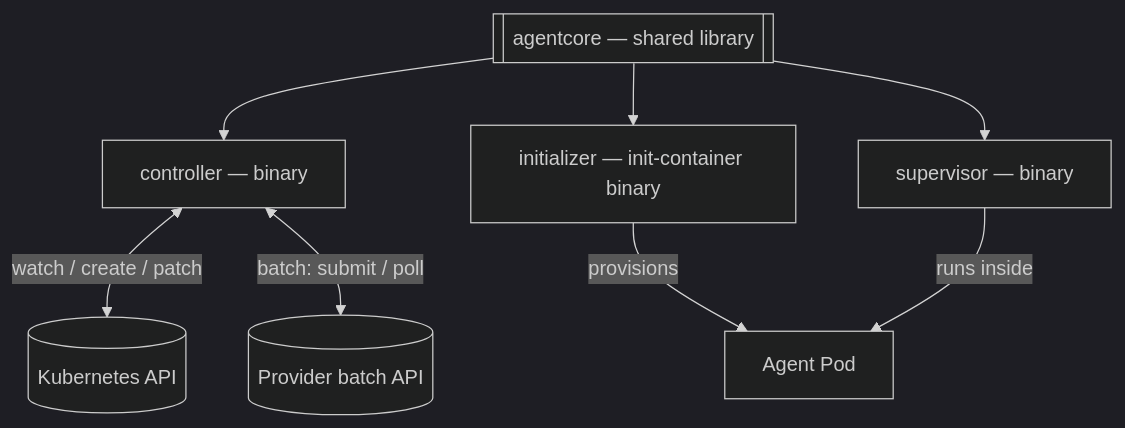
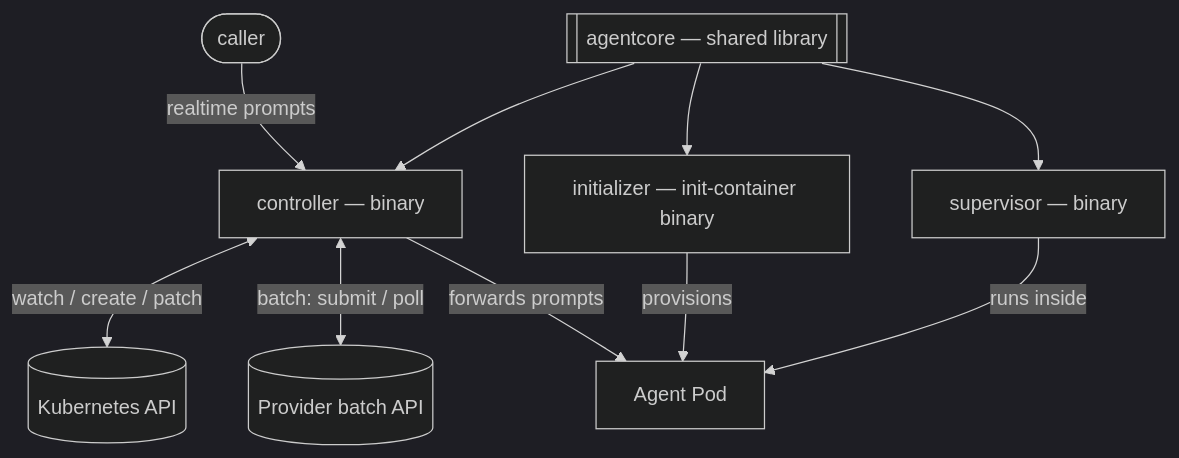
The second of 2 diagrams in README.md (re-cinq/ai-agent-subsystem), drawn with Mermaid (dark theme) before and after one commit. The commit also changed other lines of this file and 21 other files, not shown here.

````diff
--- a/README.md
+++ b/README.md
@@ -110,14 +118,16 @@
 ```mermaid
 flowchart TB
     CORE[["agentcore — shared library"]]
     CTRL["controller — binary"]
     INIT["initializer — init-container binary"]
     SUP["supervisor — binary"]
     CORE --> CTRL
     CORE --> INIT
     CORE --> SUP
     CTRL <-->|watch / create / patch| K8S[("Kubernetes API")]
     CTRL <-->|batch: submit / poll| BATCH[("Provider batch API")]
+    CALLER(["caller"]) -->|realtime prompts| CTRL
+    CTRL -->|forwards prompts| POD
     INIT -->|provisions| POD["Agent Pod"]
     SUP -->|runs inside| POD
 ```
````
